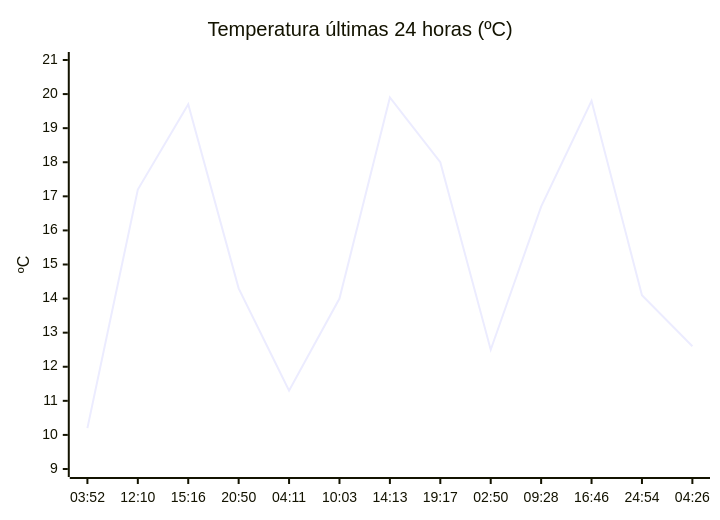
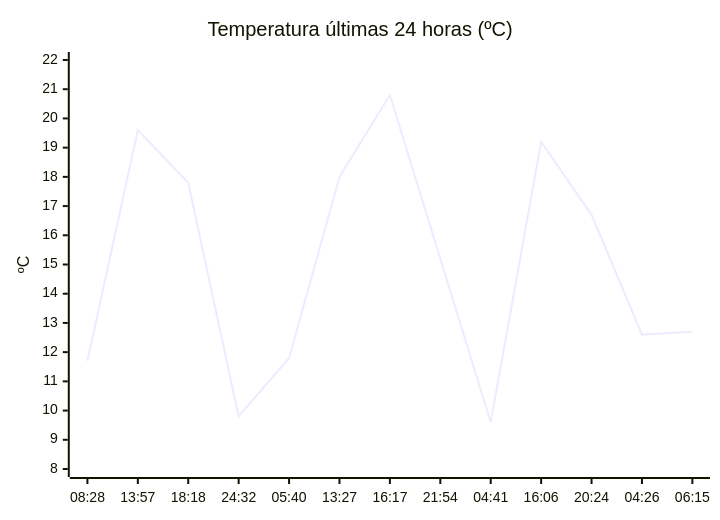
One commit to solidsnk86/rem-scrap changed the diagram in README.md. Above: the diagram before and after it, drawn with Mermaid. The commit also changed other lines of this file, not shown here.

````diff
--- a/README.md
+++ b/README.md
@@ -28,7 +32,7 @@
 ```mermaid
 xychart-beta
     title "Temperatura últimas 24 horas (ºC)"
-    x-axis ["03:52", "12:10", "15:16", "20:50", "04:11", "10:03", "14:13", "19:17", "02:50", "09:28", "16:46", "24:54", "04:26"]
-    y-axis "ºC" 9 --> 21
-    line [10.2, 17.2, 19.7, 14.3, 11.3, 14, 19.9, 18, 12.5, 16.7, 19.8, 14.1, 12.6]
+    x-axis ["08:28", "13:57", "18:18", "24:32", "05:40", "13:27", "16:17", "21:54", "04:41", "16:06", "20:24", "04:26", "06:15"]
+    y-axis "ºC" 8 --> 22
+    line [11.7, 19.6, 17.8, 9.8, 11.8, 18, 20.8, 15.2, 9.6, 19.2, 16.7, 12.6, 12.7]
 ```
````
